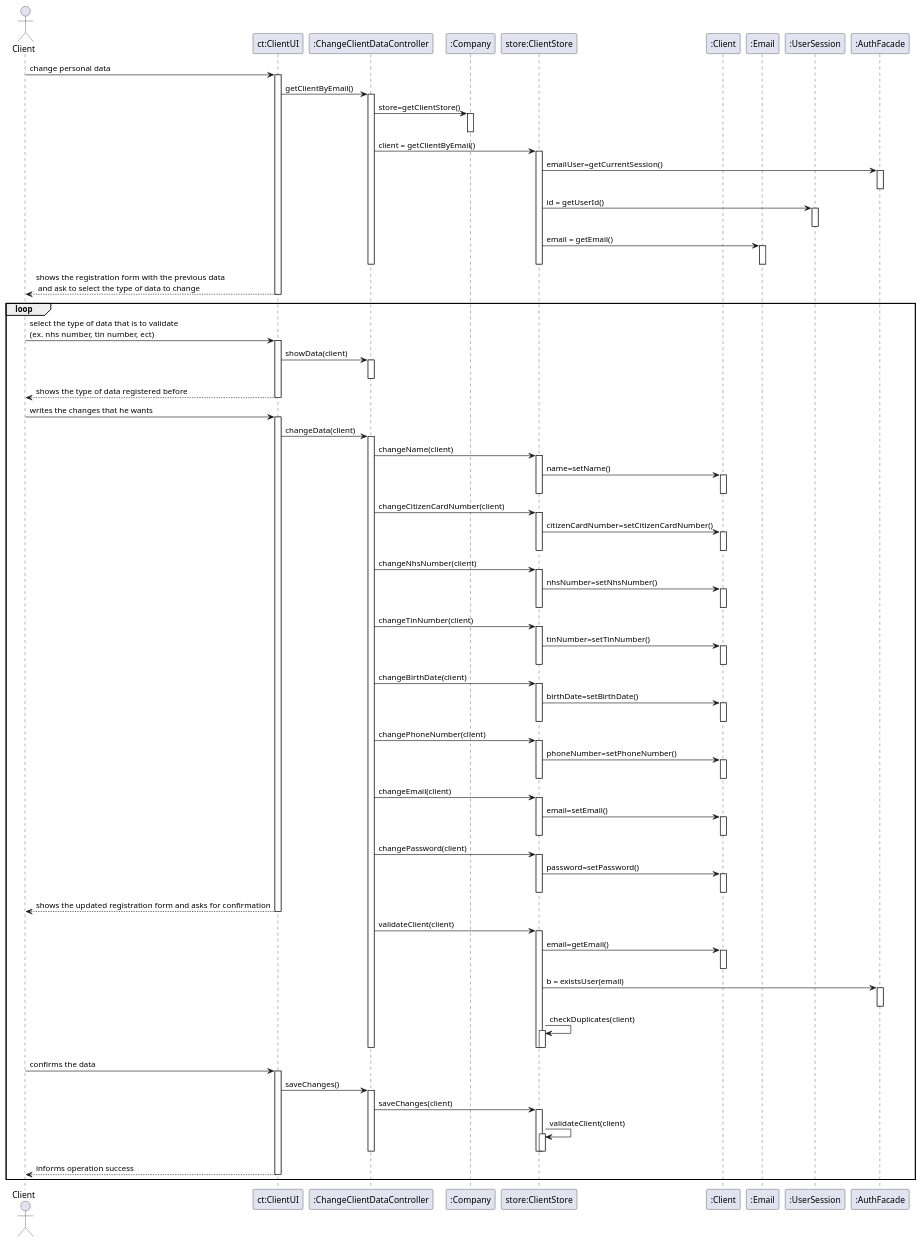
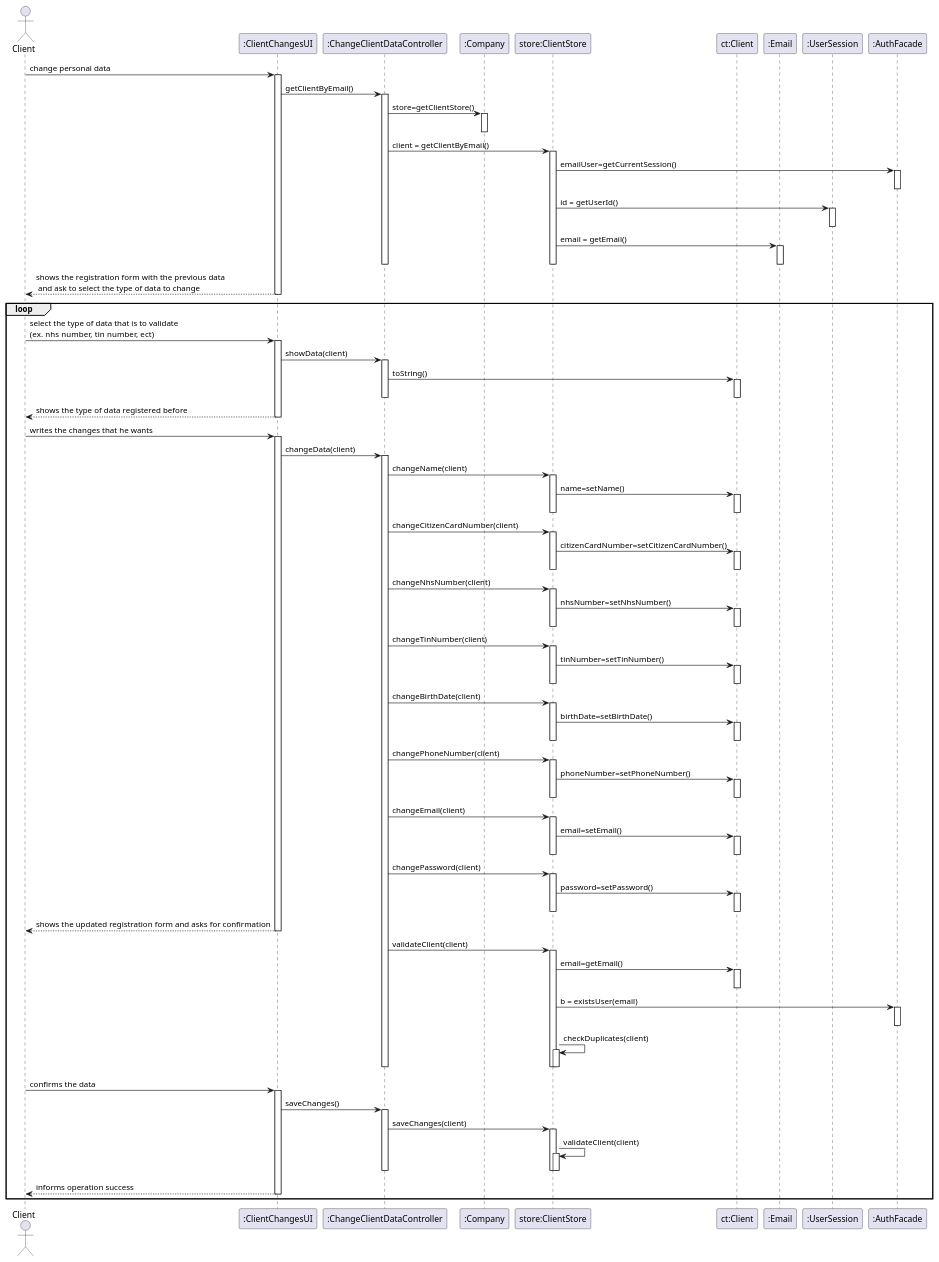
The diagram in docs/SprintD/US2/US02_SD.puml (GuilhermeCunha79/lapr2), drawn with PlantUML before and after one commit. The commit also changed 1 other file, not shown here.

Commit message:
Updating US-02 diagrams [Requirements Engineering]

```diff
--- a/docs/SprintD/US2/US02_SD.puml
+++ b/docs/SprintD/US2/US02_SD.puml
@@ -1,164 +1,167 @@
 @startuml
 'https://plantuml.com/sequence-diagram
 
 actor Client as CLT
-participant "ct:ClientUI" as UI
+participant ":ClientChangesUI" as UI
 participant ":ChangeClientDataController" as CTRL
 participant ":Company" as COMP
 participant "store:ClientStore" as STR
-participant ":Client" as CL
+participant "ct:Client" as CL
 participant ":Email" as EM
 participant ":UserSession" as US
 participant ":AuthFacade" as AF
 
 CLT -> UI : change personal data
 activate UI
 UI-> CTRL : getClientByEmail()
 activate CTRL
 CTRL-> COMP : store=getClientStore()
 activate COMP
 deactivate COMP
 CTRL->STR : client = getClientByEmail()
 activate STR
 STR-> AF :emailUser=getCurrentSession()
 activate AF
 deactivate AF
 STR -> US : id = getUserId()
 activate US
 deactivate US
 
 
 STR->EM: email = getEmail()
 activate EM
 deactivate EM
 deactivate STR
 
 
 deactivate STR
 
 
 deactivate CTRL
 
 
 
 UI--> CLT : shows the registration form with the previous data \n and ask to select the type of data to change
 
 
 deactivate UI
 
 
 
 
 
 
 
 
 loop
 CLT -> UI : select the type of data that is to validate\n(ex. nhs number, tin number, ect)
 activate UI
 UI-> CTRL : showData(client)
 activate CTRL
+CTRL->CL : toString()
+activate CL
+deactivate CL
 deactivate CTRL
 UI--> CLT : shows the type of data registered before
 
 deactivate UI
 
 CLT -> UI : writes the changes that he wants
 activate UI
 UI-> CTRL : changeData(client)
 activate CTRL
 
 CTRL->STR :changeName(client)
 activate STR
 STR->CL : name=setName()
 activate CL
 deactivate CL
 deactivate STR
 
 
 CTRL->STR :changeCitizenCardNumber(client)
 activate STR
 STR->CL : citizenCardNumber=setCitizenCardNumber()
 activate CL
 deactivate CL
 deactivate STR
 
 CTRL->STR :changeNhsNumber(client)
 activate STR
 STR->CL : nhsNumber=setNhsNumber()
 activate CL
 deactivate CL
 deactivate STR
 
 CTRL->STR :changeTinNumber(client)
 activate STR
 STR->CL : tinNumber=setTinNumber()
 activate CL
 deactivate CL
 deactivate STR
 
 CTRL->STR :changeBirthDate(client)
 activate STR
 STR->CL : birthDate=setBirthDate()
 activate CL
 deactivate CL
 deactivate STR
 
 CTRL->STR :changePhoneNumber(client)
 activate STR
 STR->CL : phoneNumber=setPhoneNumber()
 activate CL
 deactivate CL
 deactivate STR
 
 CTRL->STR :changeEmail(client)
 activate STR
 STR->CL : email=setEmail()
 activate CL
 deactivate CL
 deactivate STR
 
 CTRL->STR :changePassword(client)
 activate STR
 STR->CL : password=setPassword()
 activate CL
 deactivate CL
 deactivate STR
 
 
 UI--> CLT : shows the updated registration form and asks for confirmation
 deactivate UI
 CTRL -> STR : validateClient(client)
 
         activate STR
         STR -> CL : email=getEmail()
         activate CL
         deactivate CL
         STR -> AF : b = existsUser(email)
         activate AF
         deactivate AF
         STR -> STR : checkDuplicates(client)
         activate STR
         deactivate STR
         deactivate STR
         deactivate CTRL
 
 
 
 CLT -> UI : confirms the data
 activate UI
 UI-> CTRL : saveChanges()
 activate CTRL
 CTRL-> STR : saveChanges(client)
 activate STR
 STR->STR : validateClient(client)
 activate STR
 deactivate STR
 deactivate STR
 deactivate CTRL
 
 UI--> CLT : informs operation success
 deactivate UI
 end
 
 @enduml
```
